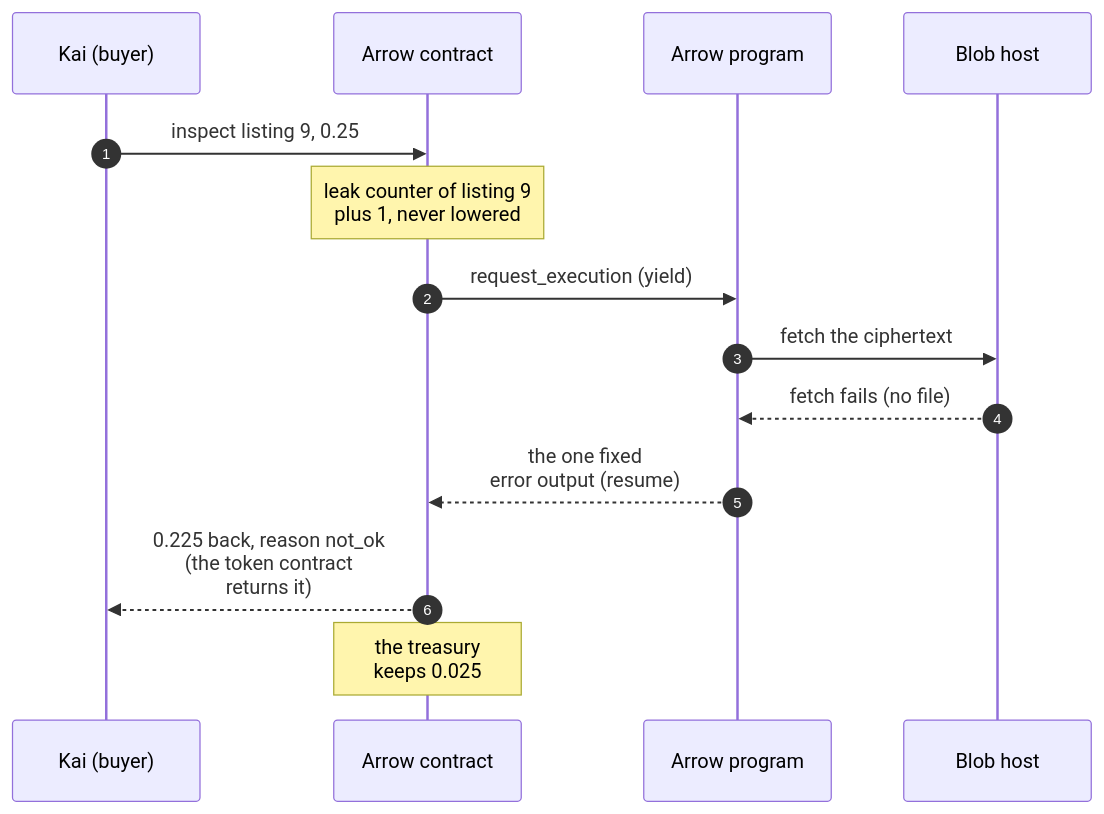
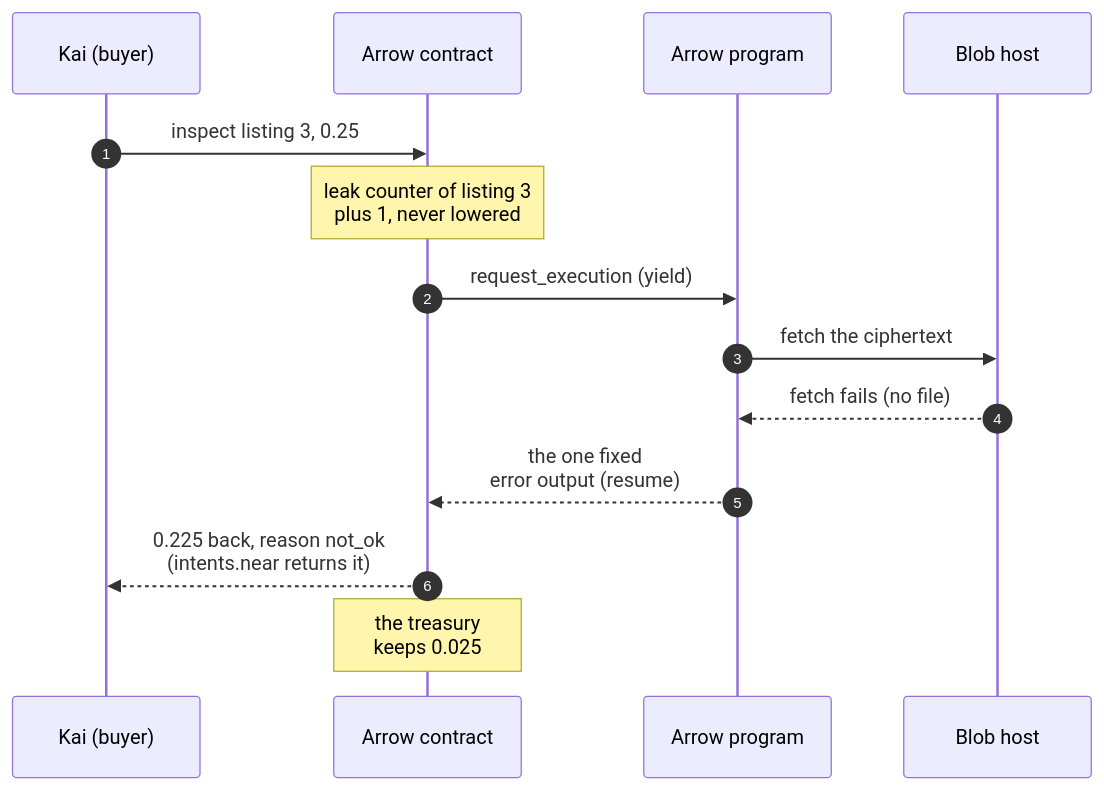
The sixth of 10 diagrams in README.md (yigitcangokmen/arrow), drawn with Mermaid before and after one commit. The commit also changed other lines of this file and 3 other files, not shown here.

````diff
--- a/README.md
+++ b/README.md
@@ -161,16 +161,16 @@
 ```mermaid
 sequenceDiagram
   autonumber
   participant Kai as Kai (buyer)
   participant Market as Arrow contract
   participant Program as Arrow program
   participant Host as Blob host
-  Kai->>Market: inspect listing 9, 0.25
-  Note over Market: leak counter of listing 9<br/>plus 1, never lowered
+  Kai->>Market: inspect listing 3, 0.25
+  Note over Market: leak counter of listing 3<br/>plus 1, never lowered
   Market->>Program: request_execution (yield)
   Program->>Host: fetch the ciphertext
   Host-->>Program: fetch fails (no file)
   Program-->>Market: the one fixed<br/>error output (resume)
-  Market-->>Kai: 0.225 back, reason not_ok<br/>(the token contract<br/>returns it)
+  Market-->>Kai: 0.225 back, reason not_ok<br/>(intents.near returns it)
   Note over Market: the treasury<br/>keeps 0.025
 ```
````
